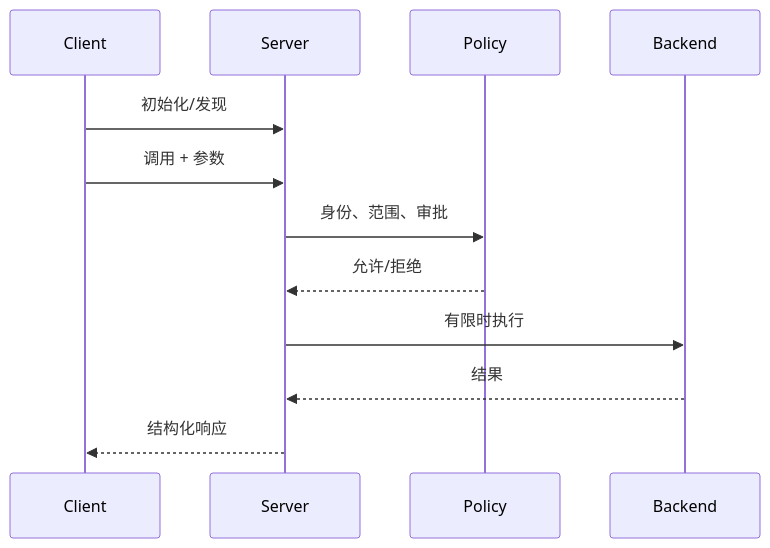
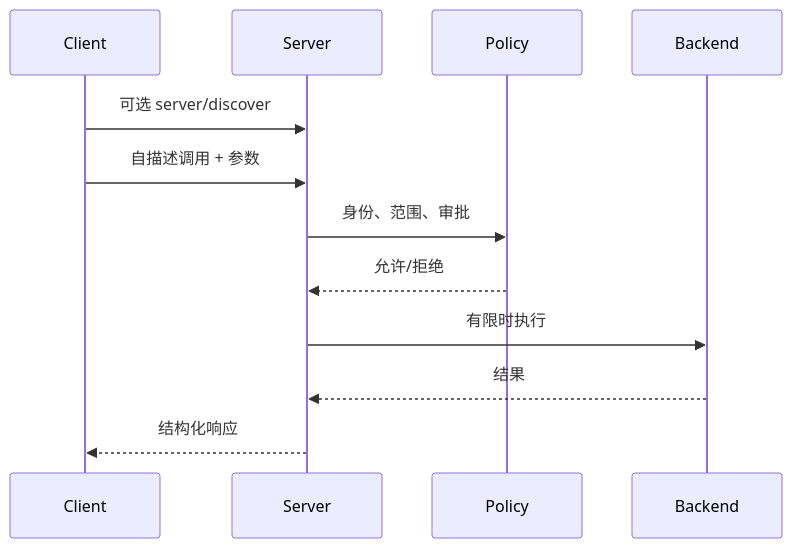
One commit to wujinjun/ai-agent-book changed the first of 5 diagrams in docs/part-03-rag-and-memory/ch12-mcp-server.md. Above: the diagram before and after it, drawn with Mermaid. The commit also changed other lines of this file and 2 other files, not shown here.

Commit message:
docs: deepen MCP server security and operations chapter

````diff
--- a/docs/part-03-rag-and-memory/ch12-mcp-server.md
+++ b/docs/part-03-rag-and-memory/ch12-mcp-server.md
@@ -14,17 +14,17 @@
 ```mermaid
 %% id: mcp-server-policy-execution-sequence
 %% title: MCP Server 策略校验与执行时序
 %% alt: Client 调用经 Server、Policy 校验后访问 Backend 并返回结构化结果的完整时序
 sequenceDiagram
     participant C as Client
     participant S as Server
     participant P as Policy
     participant B as Backend
-    C->>S: 初始化/发现
-    C->>S: 调用 + 参数
+    C->>S: 可选 server/discover
+    C->>S: 自描述调用 + 参数
     S->>P: 身份、范围、审批
     P-->>S: 允许/拒绝
     S->>B: 有限时执行
     B-->>S: 结果
     S-->>C: 结构化响应
 ```
````
